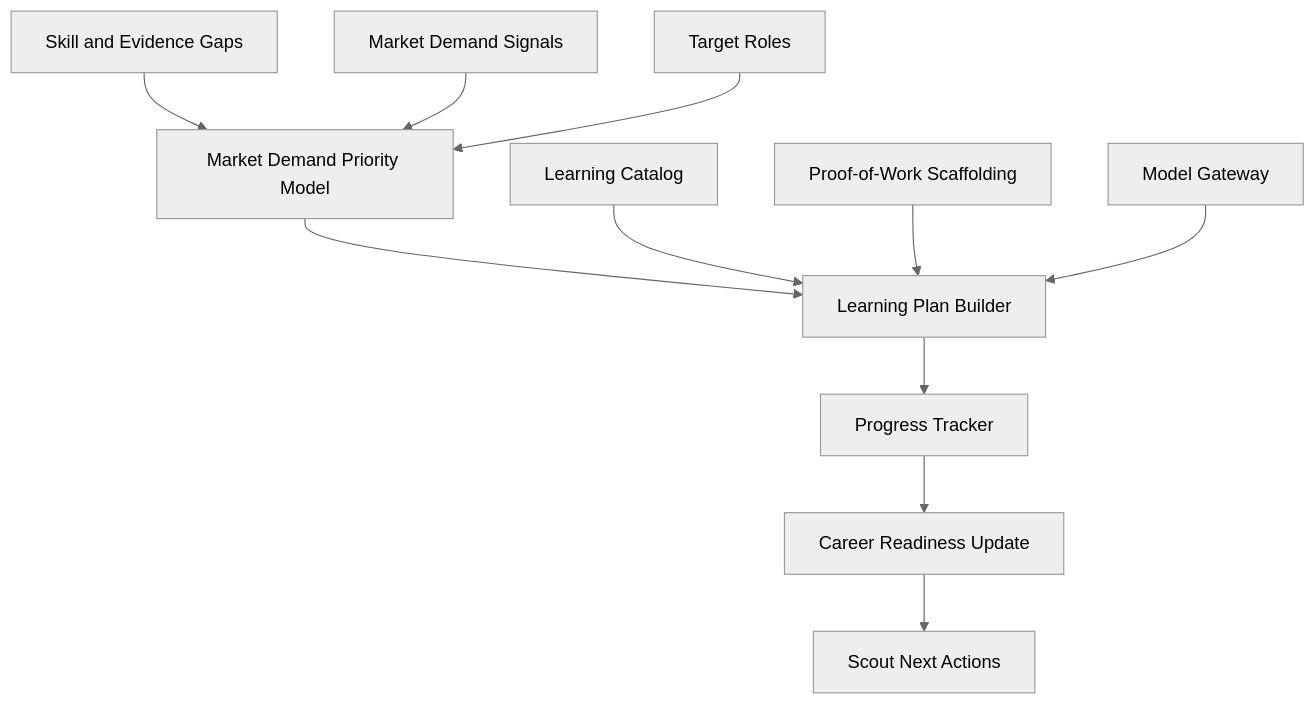
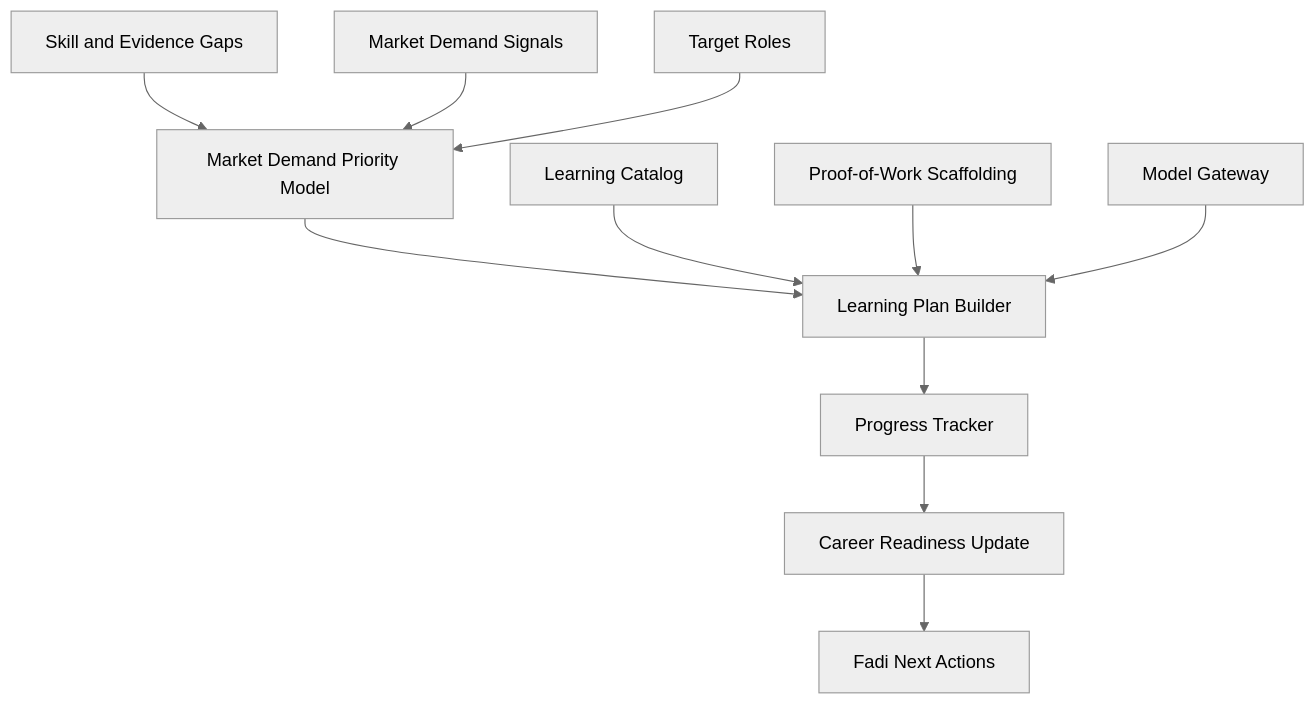
The diagram in docs/LEARNING_INTELLIGENCE_ENGINE.md (Mirzzie/Fadi), drawn with Mermaid (neutral theme) before and after one commit. The commit also changed other lines of this file and 158 other files, not shown here.

First line of the commit message:
refactor!: rename agent Scout→Fadi and brand CareerOS→FadiOS

````diff
--- a/docs/LEARNING_INTELLIGENCE_ENGINE.md
+++ b/docs/LEARNING_INTELLIGENCE_ENGINE.md
@@ -37,13 +37,13 @@
 ```mermaid
 flowchart TD
     Gaps[Skill and Evidence Gaps] --> Prioritize[Market Demand Priority Model]
     MarketSignals[Market Demand Signals] --> Prioritize
     Goals[Target Roles] --> Prioritize
     Prioritize --> Plan[Learning Plan Builder]
     Catalog[Learning Catalog] --> Plan
     ProofWork[Proof-of-Work Scaffolding] --> Plan
     Gateway[Model Gateway] --> Plan
     Plan --> Tracker[Progress Tracker]
     Tracker --> Readiness[Career Readiness Update]
-    Readiness --> Recommendations[Scout Next Actions]
+    Readiness --> Recommendations[Fadi Next Actions]
 ```
````
